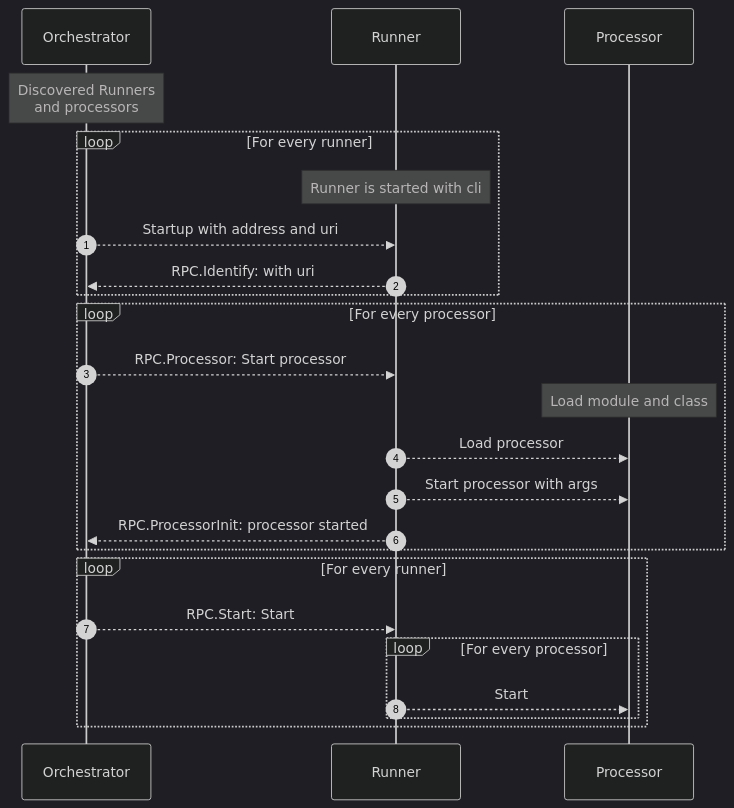
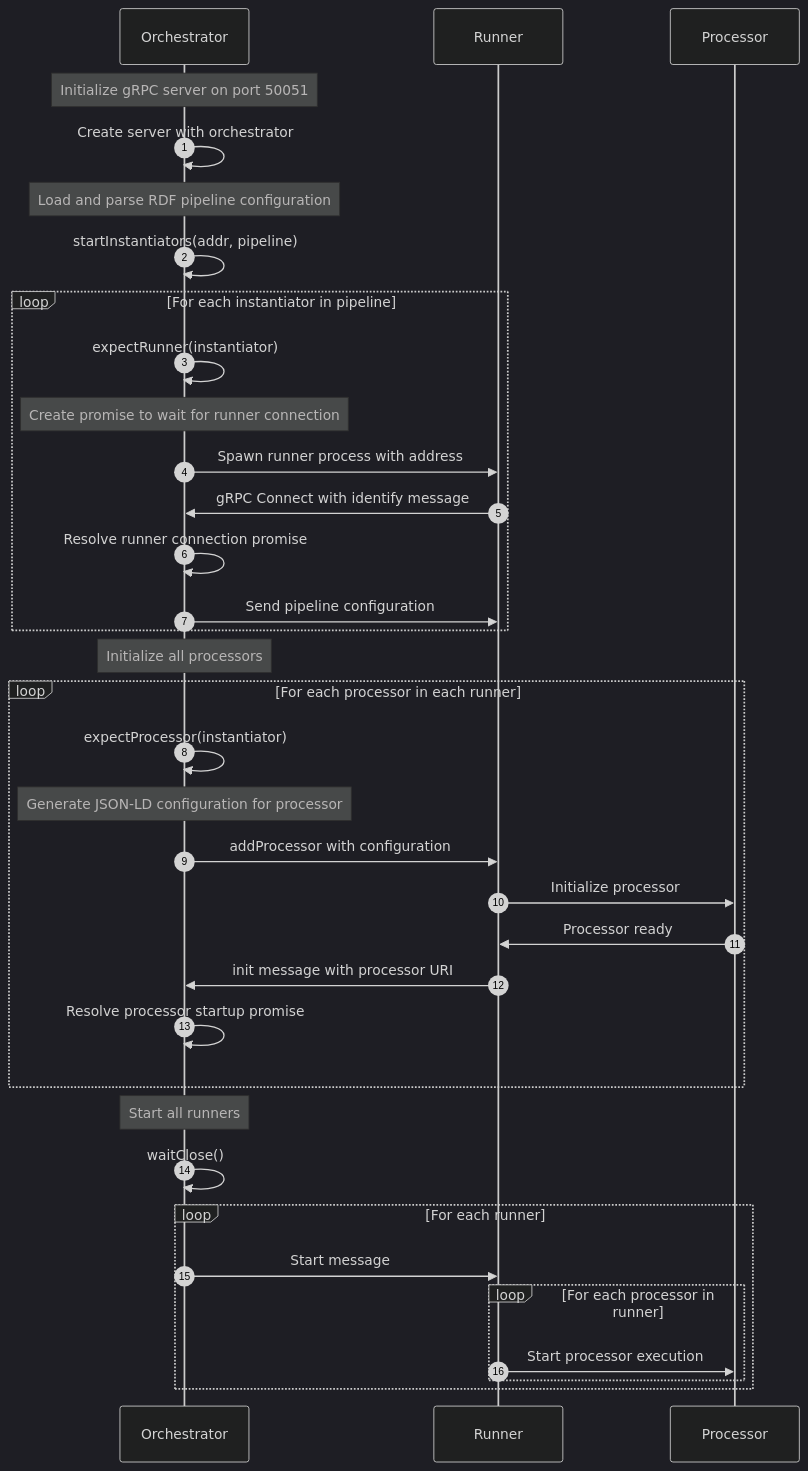
The first of 3 diagrams in README.md (rdf-connect/orchestrator-js), drawn with Mermaid (dark theme) before and after one commit. The commit also changed other lines of this file and 6 other files, not shown here.

````diff
--- a/README.md
+++ b/README.md
@@ -281,26 +234,42 @@
 ```mermaid
 sequenceDiagram
     autonumber
     participant O as Orchestrator
     participant R as Runner
     participant P as Processor
-    Note over O: Discovered Runners<br>and processors
-    loop For every runner
-        Note over R: Runner is started with cli
-        O-->>R: Startup with address and uri
-        R-->>O: RPC.Identify: with uri
+
+    Note over O: Initialize gRPC server on port 50051
+    O->>O: Create server with orchestrator
+
+    Note over O: Load and parse RDF pipeline configuration
+
+    O->>O: startInstantiators(addr, pipeline)
+    loop For each instantiator in pipeline
+        O->>O: expectRunner(instantiator)
+        Note over O: Create promise to wait for runner connection
+        O->>R: Spawn runner process with address
+        R->>O: gRPC Connect with identify message
+        O->>O: Resolve runner connection promise
+        O->>R: Send pipeline configuration
     end
-    loop For every processor
-        O-->>R: RPC.Processor: Start processor
-        Note over P: Load module and class
-        R-->>P: Load processor
-        R-->>P: Start processor with args
-        R-->>O: RPC.ProcessorInit: processor started
+
+    Note over O: Initialize all processors
+    loop For each processor in each runner
+        O->>O: expectProcessor(instantiator)
+        Note over O: Generate JSON-LD configuration for processor
+        O->>R: addProcessor with configuration
+        R->>P: Initialize processor
+        P->>R: Processor ready
+        R->>O: init message with processor URI
+        O->>O: Resolve processor startup promise
     end
-    loop For every runner
-        O-->>R: RPC.Start: Start
-        loop For every processor
-            R-->>P: Start
+
+    Note over O: Start all runners
+    O->>O: waitClose()
+    loop For each runner
+        O->>R: Start message
+        loop For each processor in runner
+            R->>P: Start processor execution
         end
     end
 ```
````
